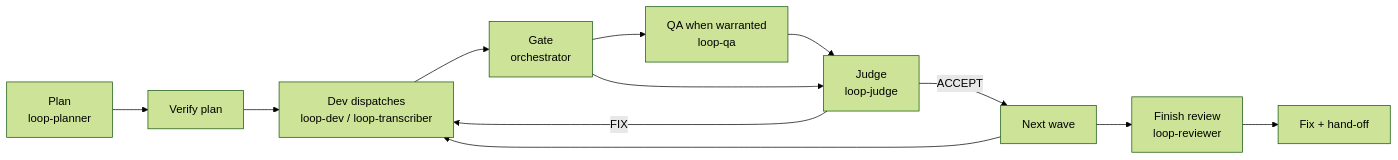
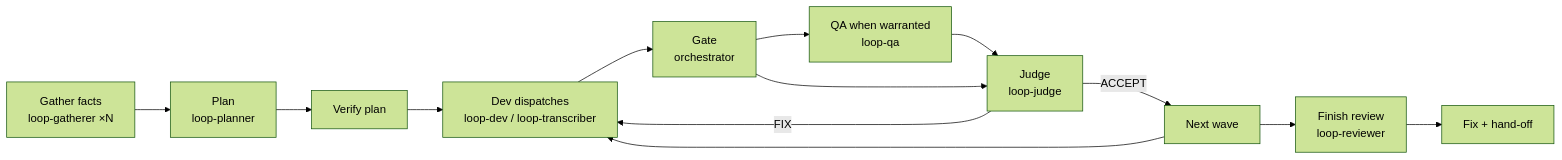
The diagram in README.md (MustafaMese/subagent-loop), drawn with Mermaid (forest theme) before and after one commit. The commit also changed other lines of this file and 3 other files, not shown here.

First line of the commit message:
feat(gather): Haiku loop-gatherer collects facts at Plan start for the planner

````diff
--- a/README.md
+++ b/README.md
@@ -22,14 +22,15 @@
 ```mermaid
 flowchart LR
-    A[Plan<br/>loop-planner] --> B[Verify plan]
+    Q[Gather facts<br/>loop-gatherer ×N] --> A[Plan<br/>loop-planner]
+    A --> B[Verify plan]
     B --> C[Dev dispatches<br/>loop-dev / loop-transcriber]
     C --> D[Gate<br/>orchestrator]
     D --> E[QA when warranted<br/>loop-qa]
     E --> J[Judge<br/>loop-judge]
     D --> J
     J -->|FIX| C
     J -->|ACCEPT| F[Next wave]
     F --> C
     F --> G[Finish review<br/>loop-reviewer]
     G --> H[Fix + hand-off]
 ```
````
